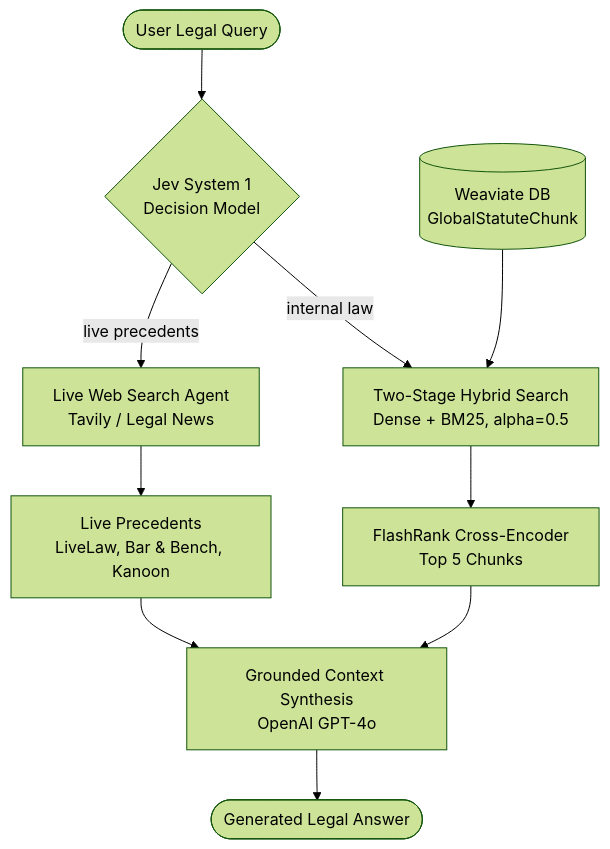
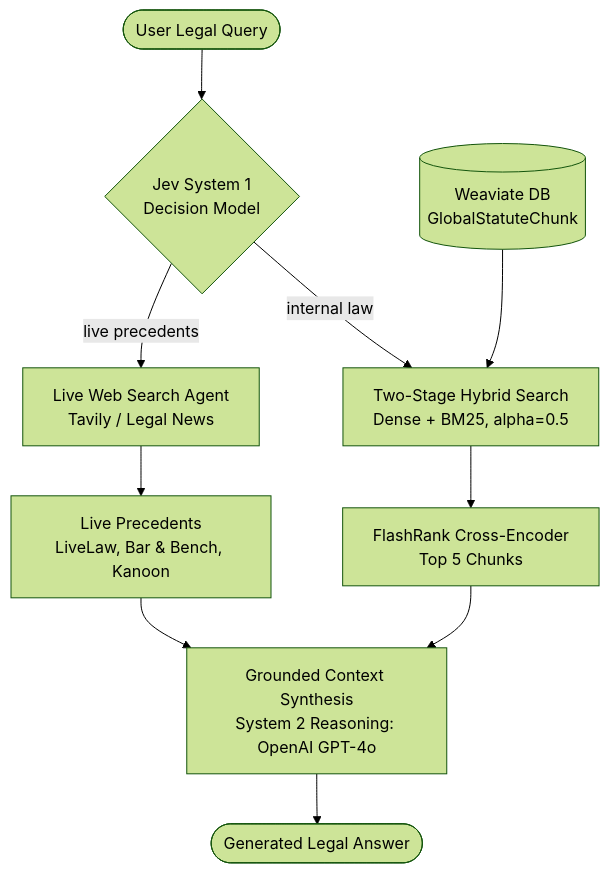
Before and after one commit to JaywardhanYadav/LegalDrishti-AI: the second of 4 diagrams in README.md, drawn with Mermaid (forest theme). The commit also changed other lines of this file and 1 other file, not shown here.

Commit message:
docs: delete docs folder, remove (Production Sovereign), and label Jev System 1 & System 2 Reasoning LLMs across V1 and V2

````diff
--- a/README.md
+++ b/README.md
@@ -46,17 +46,17 @@
 ```mermaid
 flowchart TD
     U([User Legal Query]) --> JEV{Jev System 1<br/>Decision Model}
     
     JEV -->|internal law| T1[Two-Stage Hybrid Search<br/>Dense + BM25, alpha=0.5]
     JEV -->|live precedents| T2[Live Web Search Agent<br/>Tavily / Legal News]
     
     STORE[(Weaviate DB<br/>GlobalStatuteChunk)] --> T1
     
     T1 --> RR[FlashRank Cross-Encoder<br/>Top 5 Chunks]
     T2 --> WEB[Live Precedents<br/>LiveLaw, Bar & Bench, Kanoon]
     
-    RR --> SYN[Grounded Context Synthesis<br/>OpenAI GPT-4o]
+    RR --> SYN[Grounded Context Synthesis<br/>System 2 Reasoning: OpenAI GPT-4o]
     WEB --> SYN
     
     SYN --> ANS([Generated Legal Answer])
 ```
````
